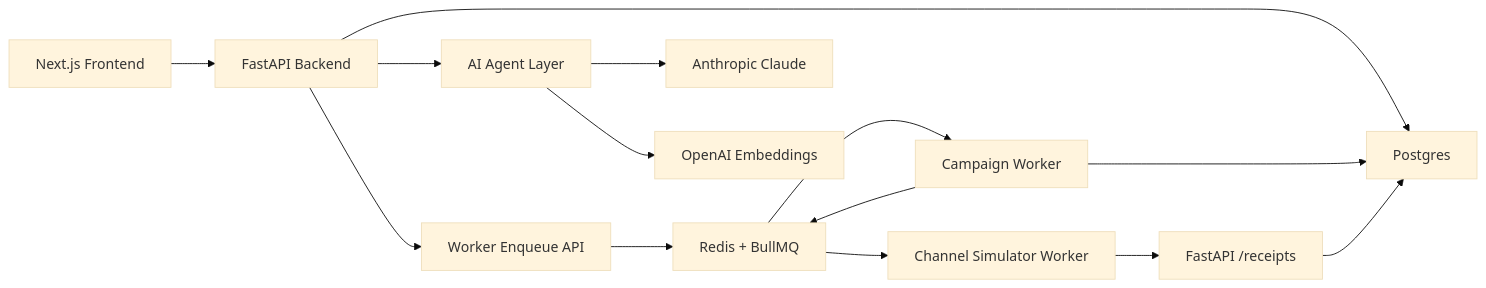
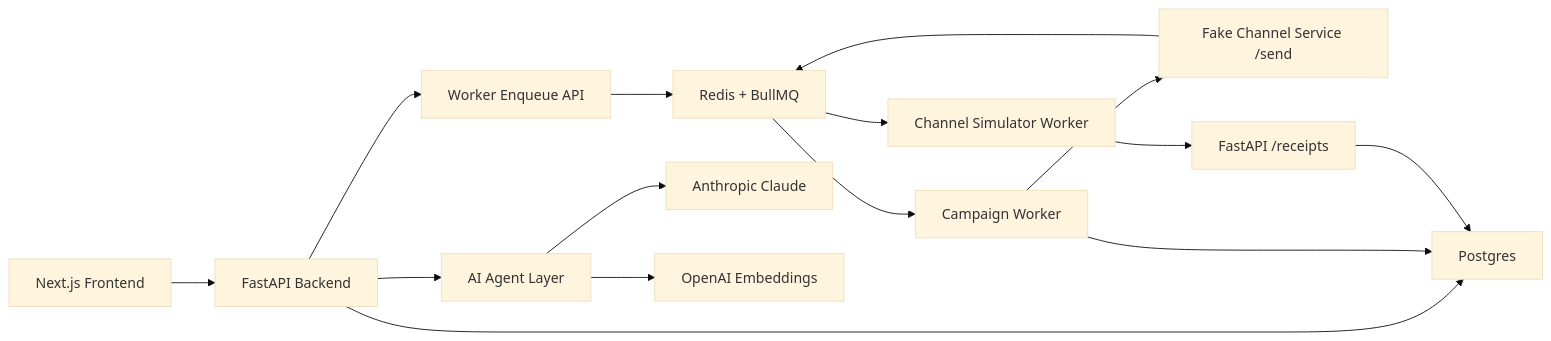
One commit to root-daemon/xeno-crm changed the diagram in README.md. Above: the diagram before and after it, drawn with Mermaid (base theme). The commit also changed other lines of this file and 28 other files, not shown here.

````diff
--- a/README.md
+++ b/README.md
@@ -9,16 +9,17 @@
 ```mermaid
 flowchart LR
   UI["Next.js Frontend"] --> API["FastAPI Backend"]
   API --> PG["Postgres"]
   API --> WorkerAPI["Worker Enqueue API"]
   WorkerAPI --> Redis["Redis + BullMQ"]
   Redis --> CampaignWorker["Campaign Worker"]
+  CampaignWorker --> FakeChannel["Fake Channel Service /send"]
+  FakeChannel --> Redis
   Redis --> ChannelWorker["Channel Simulator Worker"]
   CampaignWorker --> PG
-  CampaignWorker --> Redis
   ChannelWorker --> ReceiptAPI["FastAPI /receipts"]
   ReceiptAPI --> PG
   API --> Agent["AI Agent Layer"]
   Agent --> Anthropic["Anthropic Claude"]
   Agent --> OpenAI["OpenAI Embeddings"]
 ```
````
